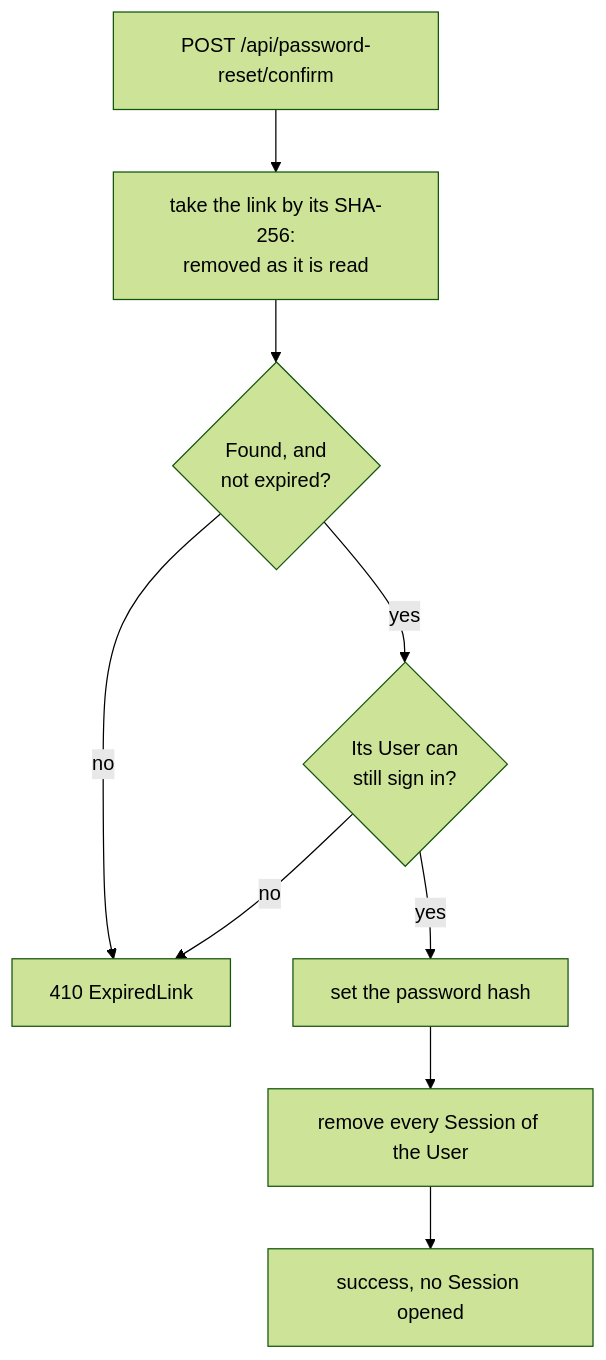
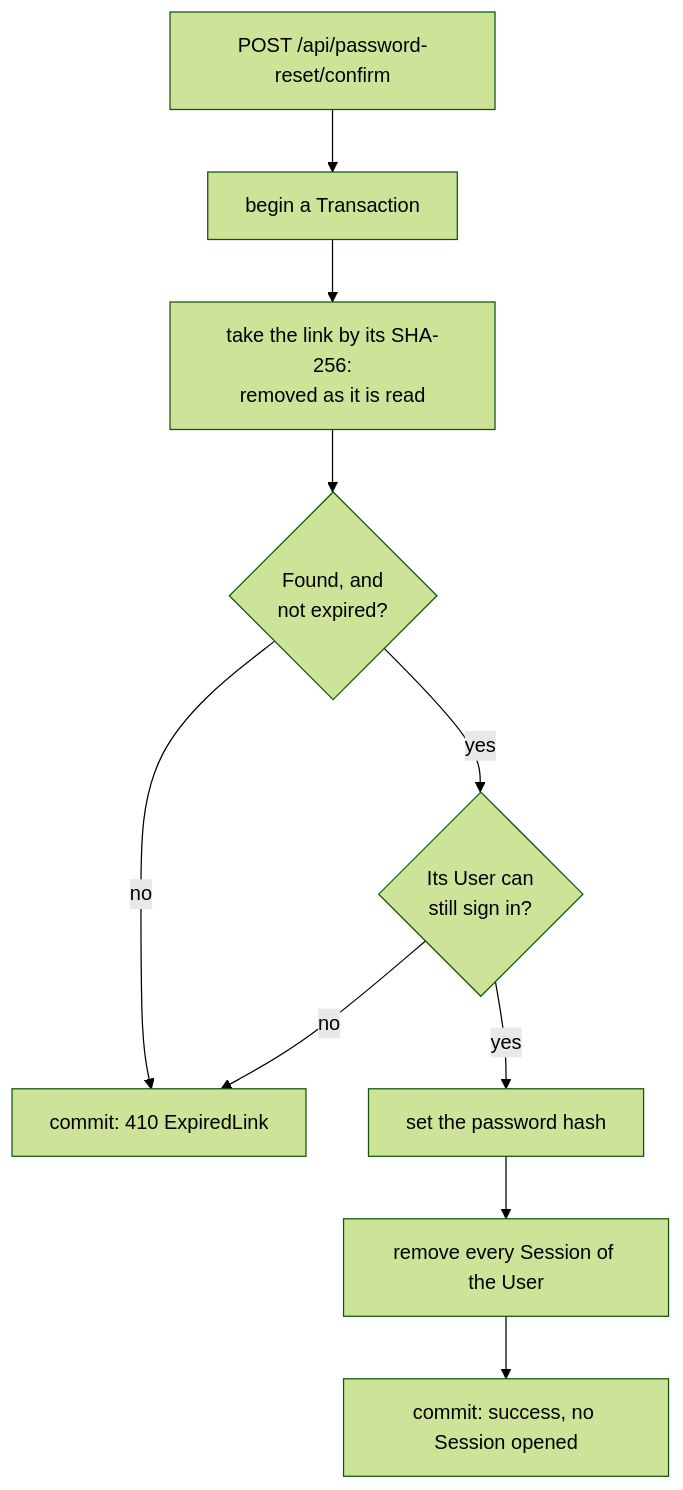
Before and after one commit to ntatoud/quack-starter: the third of 5 diagrams in docs/password-reset.md, drawn with Mermaid (forest theme). The commit also changed other lines of this file and 23 other files, not shown here.

First line of the commit message:
fix: review of #160: one link per User by constraint, confirm in one Transaction, guest redirect once

````diff
--- a/docs/password-reset.md
+++ b/docs/password-reset.md
@@ -53,11 +52,12 @@
 ```mermaid
 flowchart TD
-    C["POST /api/password-reset/confirm"] --> K["take the link by its SHA-256:<br/>removed as it is read"]
+    C["POST /api/password-reset/confirm"] --> T["begin a Transaction"]
+    T --> K["take the link by its SHA-256:<br/>removed as it is read"]
     K --> X{"Found, and<br/>not expired?"}
-    X -- no --> G["410 ExpiredLink"]
+    X -- no --> G["commit: 410 ExpiredLink"]
     X -- yes --> Y{"Its User can<br/>still sign in?"}
     Y -- no --> G
     Y -- yes --> P["set the password hash"]
     P --> Q["remove every Session of the User"]
-    Q --> Z["success, no Session opened"]
+    Q --> Z["commit: success, no Session opened"]
 ```
````
